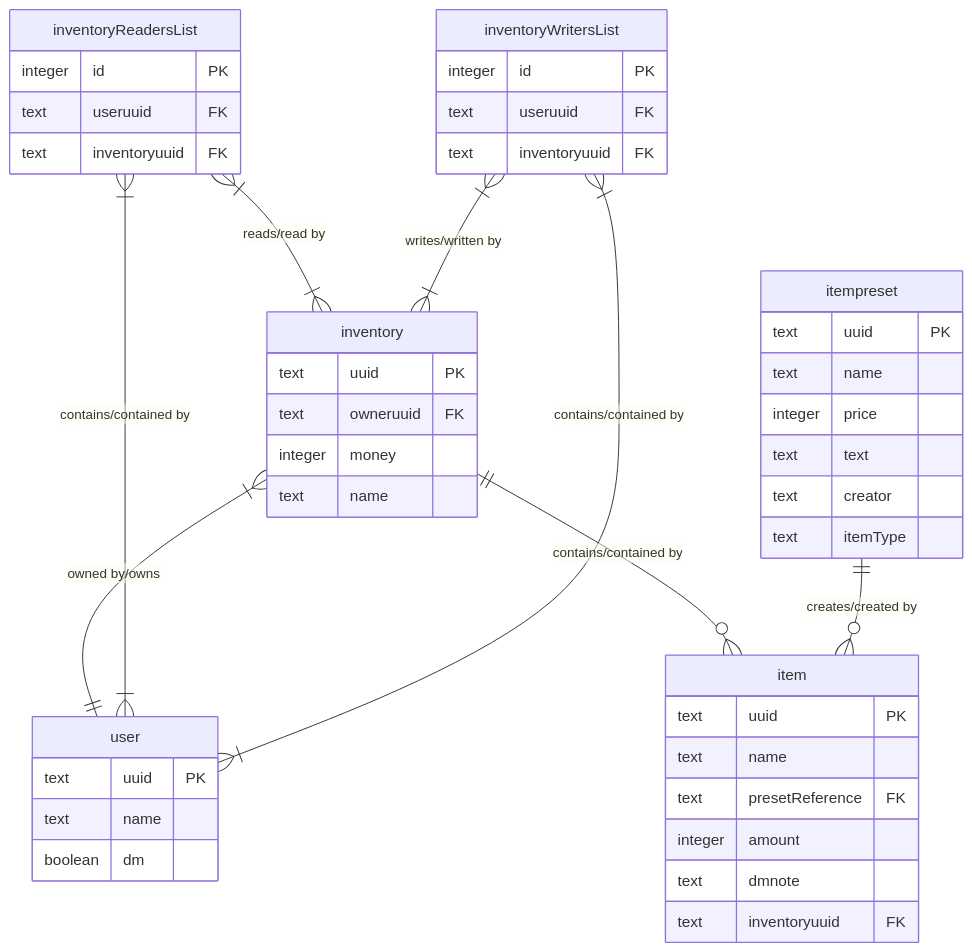
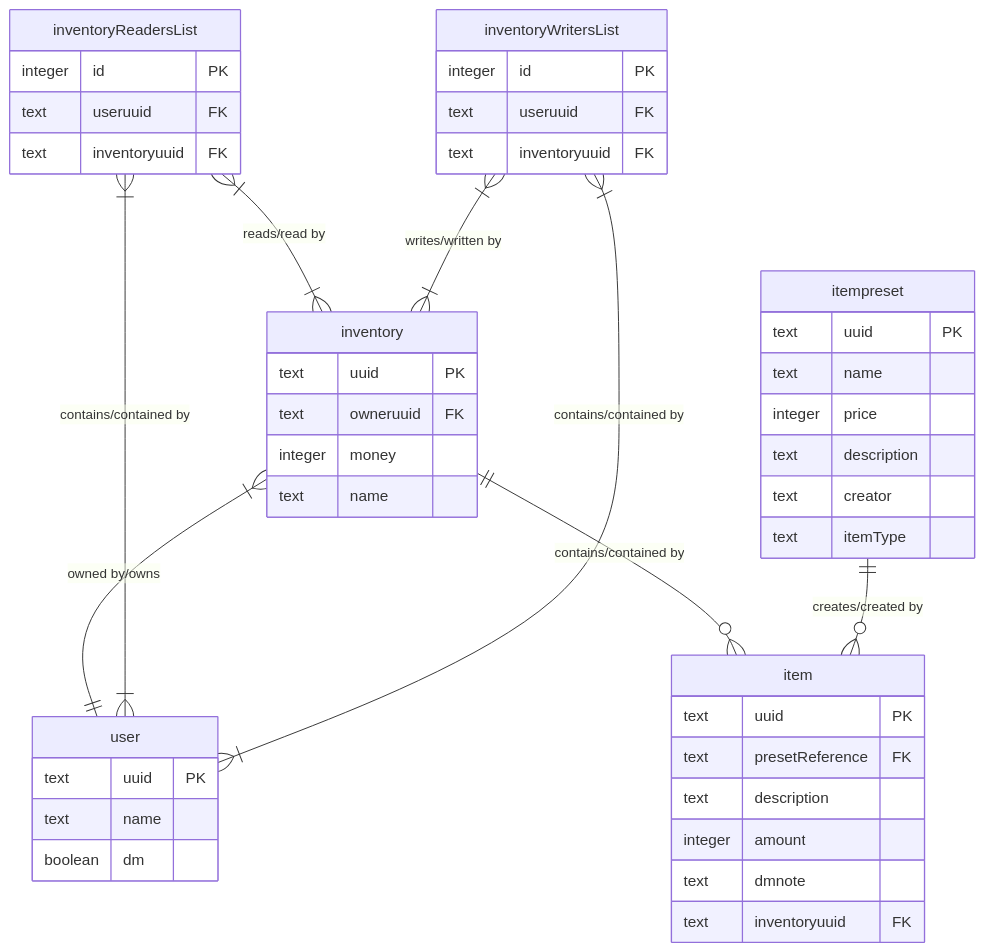
One commit to NamelessGroup/InventarWerk changed the second of 2 diagrams in README.md. Above: the diagram before and after it, drawn with Mermaid. The commit also changed other lines of this file, not shown here.

Commit message:
Updated Model (DB and Frontend)

````diff
--- a/README.md
+++ b/README.md
@@ -101,48 +102,48 @@
 ```mermaid
 
 erDiagram
     inventory {
         text uuid PK
         text owneruuid FK
         integer money
         text name
     }
     inventory 1+--1 user: "owned by/owns"
     inventory 1--0+ item: "contains/contained by"
     inventoryReadersList {
         integer id PK
         text useruuid FK
         text inventoryuuid FK
     }
     inventoryReadersList 1+--1+ inventory: "reads/read by"
     inventoryReadersList 1+--1+ user: "contains/contained by"
     inventoryWritersList {
         integer id PK
         text useruuid FK
         text inventoryuuid FK
     }
     inventoryWritersList 1+--1+ inventory: "writes/written by"
     inventoryWritersList 1+--1+ user: "contains/contained by"
     item {
         text uuid PK
-        text name
         text presetReference FK
+        text description
         integer amount
         text dmnote
         text inventoryuuid FK
     }
     itempreset {
         text uuid PK
         text name
         integer price
-        text text
+        text description
         text creator
         text itemType
     }
     itempreset 1--0+ item: "creates/created by"
     user {
         text uuid PK
         text name
         boolean dm
     }
 ```
````
